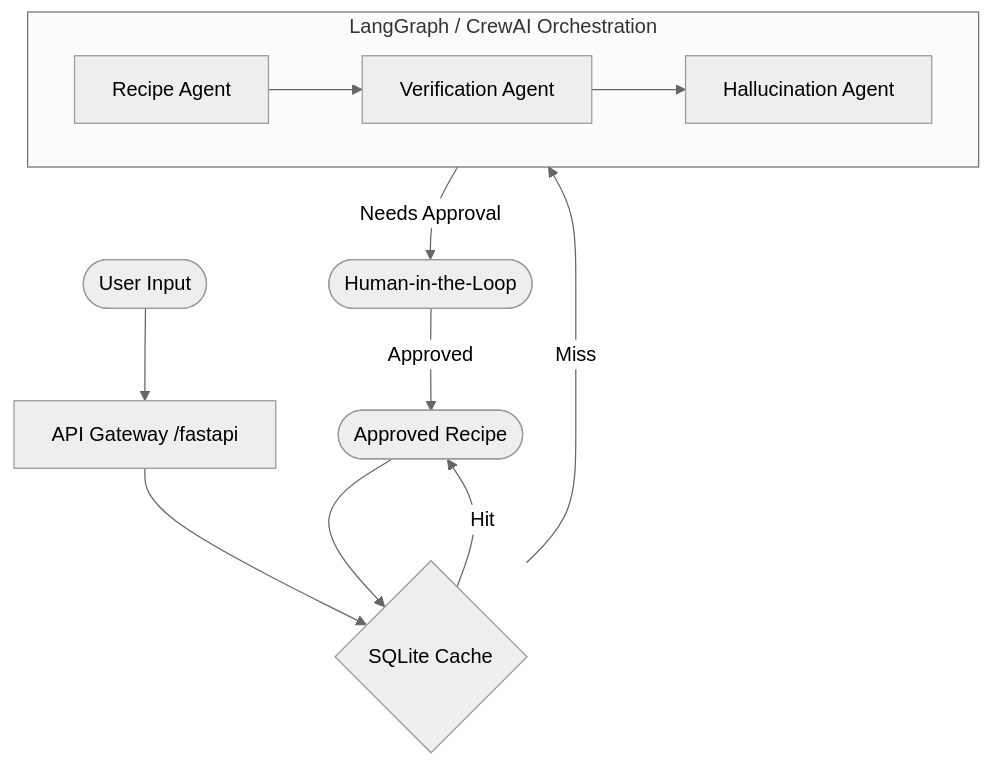
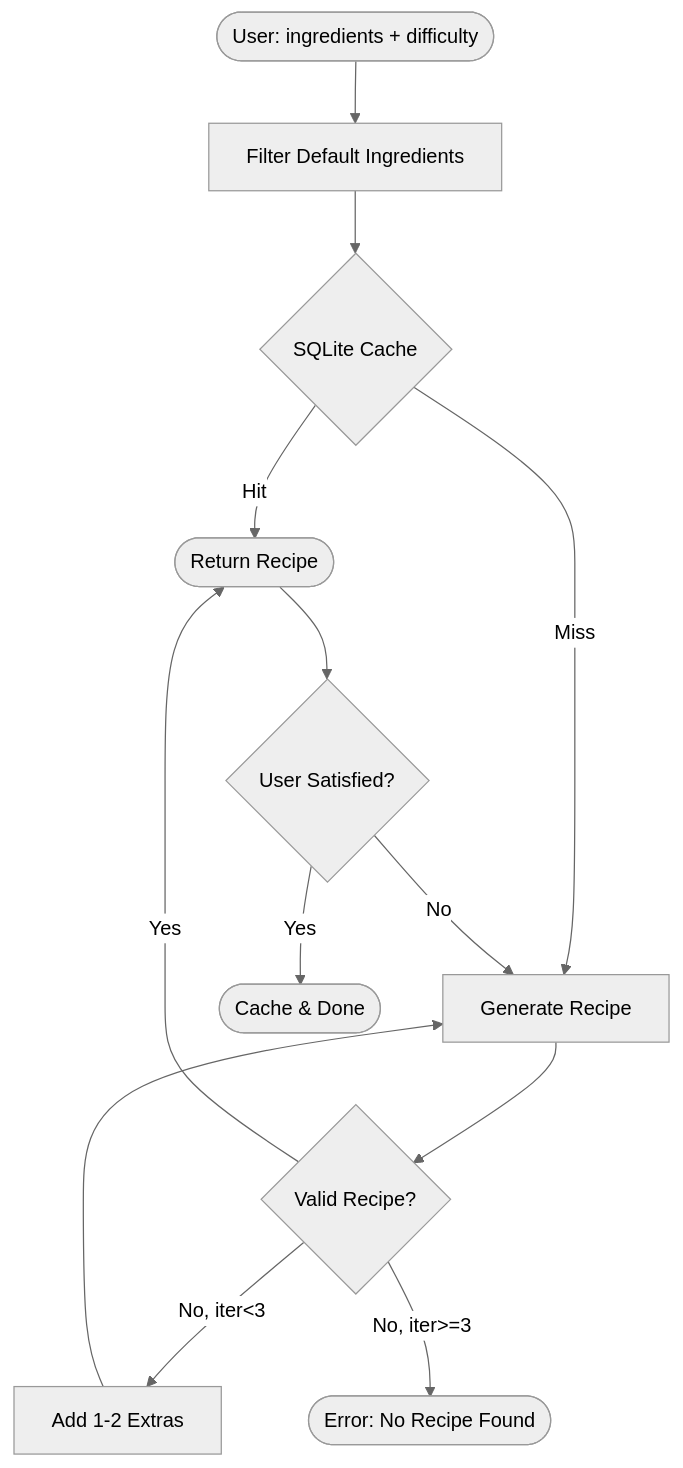
One commit to dnzbekts/chestia-app changed the diagram in README.md. Above: the diagram before and after it, drawn with Mermaid (neutral theme). The commit also changed other lines of this file and 5 other files, not shown here.

First line of the commit message:
feat(backend): implement auto-retry recipe generation with extra ingredients

````diff
--- a/README.md
+++ b/README.md
@@ -23,16 +22,17 @@
 ```mermaid
 graph TD
-    User([User Input]) --> Gateway[API Gateway /fastapi]
-    Gateway --> Cache{SQLite Cache}
-    Cache -- Hit --> Result([Approved Recipe])
-    Cache -- Miss --> Agents[Multi-Agent System]
+    User([User: ingredients + difficulty]) --> Filter[Filter Default Ingredients]
+    Filter --> Cache{SQLite Cache}
+    Cache -- Hit --> Result([Return Recipe])
+    Cache -- Miss --> Generate[Generate Recipe]
     
-    subgraph Agents [LangGraph / CrewAI Orchestration]
-        RA[Recipe Agent] --> VA[Verification Agent]
-        VA --> HA[Hallucination Agent]
-    end
+    Generate --> Review{Valid Recipe?}
+    Review -- Yes --> Result
+    Review -- No, iter<3 --> AddExtras[Add 1-2 Extras]
+    AddExtras --> Generate
+    Review -- No, iter>=3 --> Error([Error: No Recipe Found])
     
-    Agents -- Needs Approval --> HitL([Human-in-the-Loop])
-    HitL -- Approved --> Result
-    Result --> Cache
+    Result --> Modify{User Satisfied?}
+    Modify -- Yes --> Done([Cache & Done])
+    Modify -- No --> Generate
 ```
````
